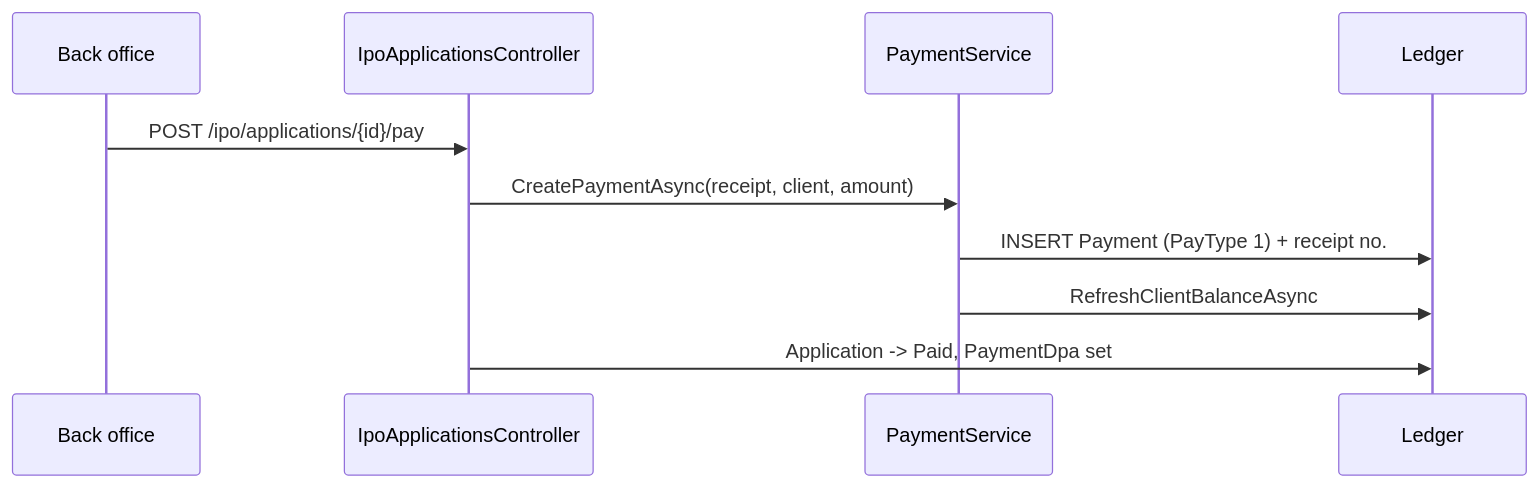
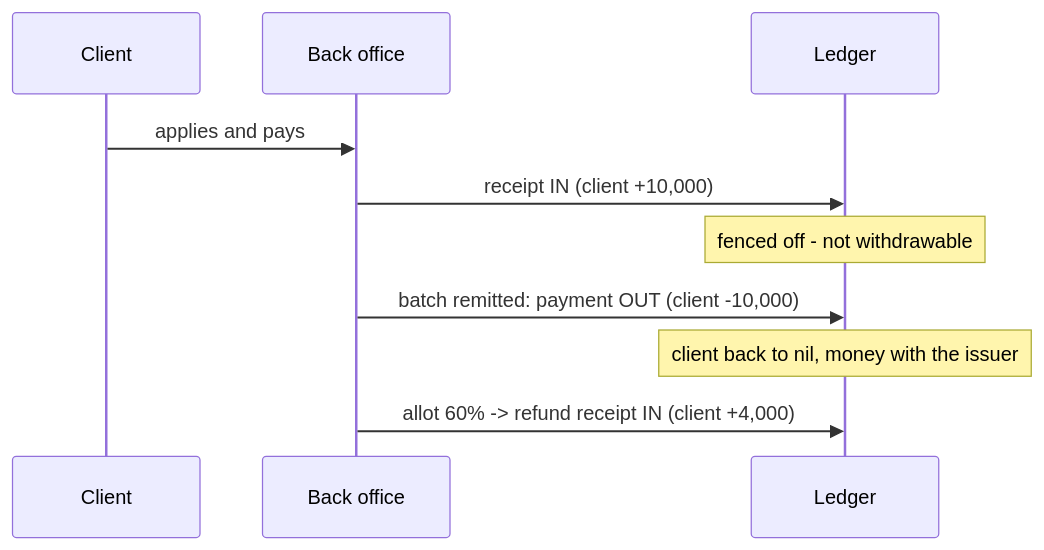
One commit to mwangudi/brokerknow changed the fifth of 5 diagrams in BK_Files/Docs/IPO_And_Rights.md. Above: the diagram before and after it, drawn with Mermaid. The commit also changed other lines of this file, not shown here.

First line of the commit message:
IPO & Rights phase 2: full workflow live + documentation updated

````diff
--- a/BK_Files/Docs/IPO_And_Rights.md
+++ b/BK_Files/Docs/IPO_And_Rights.md
@@ -138,13 +198,13 @@
 ```mermaid
 sequenceDiagram
+    participant C as Client
     participant BO as Back office
-    participant API as IpoApplicationsController
-    participant PS as PaymentService
-    participant DB as Ledger
+    participant L as Ledger
 
-    BO->>API: POST /ipo/applications/{id}/pay
-    API->>PS: CreatePaymentAsync(receipt, client, amount)
-    PS->>DB: INSERT Payment (PayType 1) + receipt no.
-    PS->>DB: RefreshClientBalanceAsync
-    API->>DB: Application -> Paid, PaymentDpa set
+    C->>BO: applies and pays
+    BO->>L: receipt IN (client +10,000)
+    Note over L: fenced off - not withdrawable
+    BO->>L: batch remitted: payment OUT (client -10,000)
+    Note over L: client back to nil, money with the issuer
+    BO->>L: allot 60% -> refund receipt IN (client +4,000)
 ```
````
